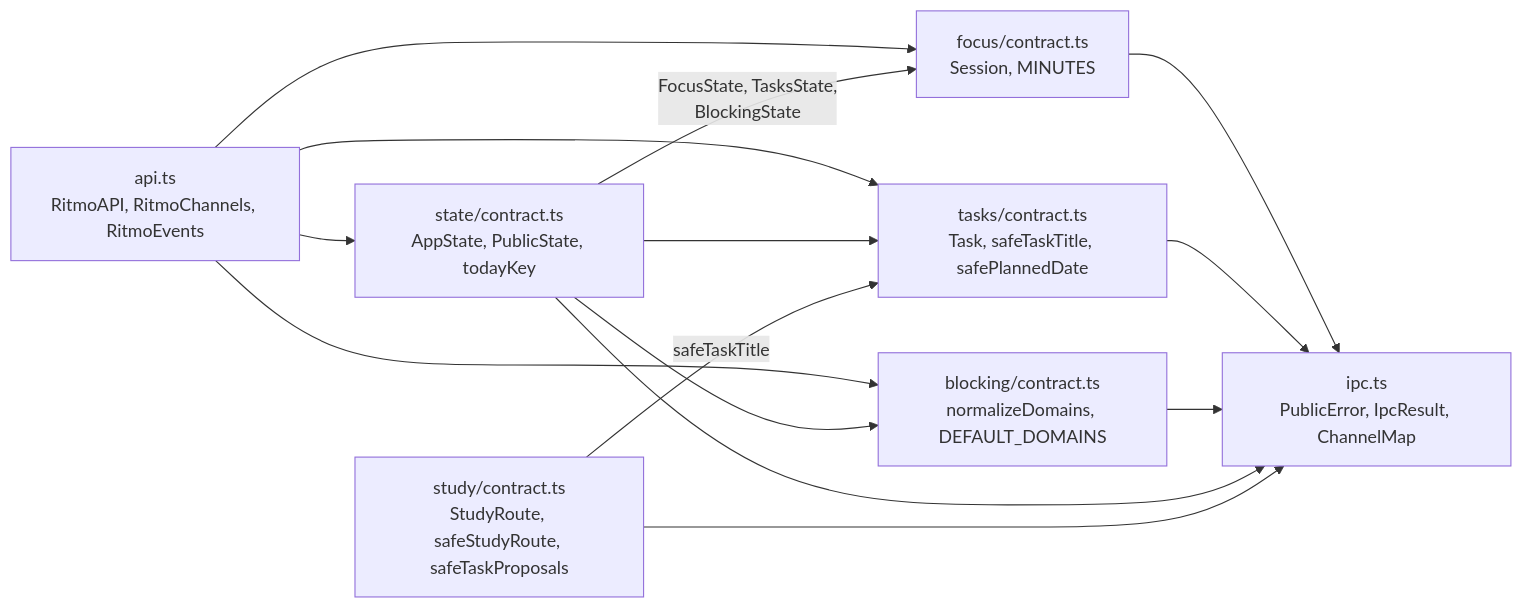
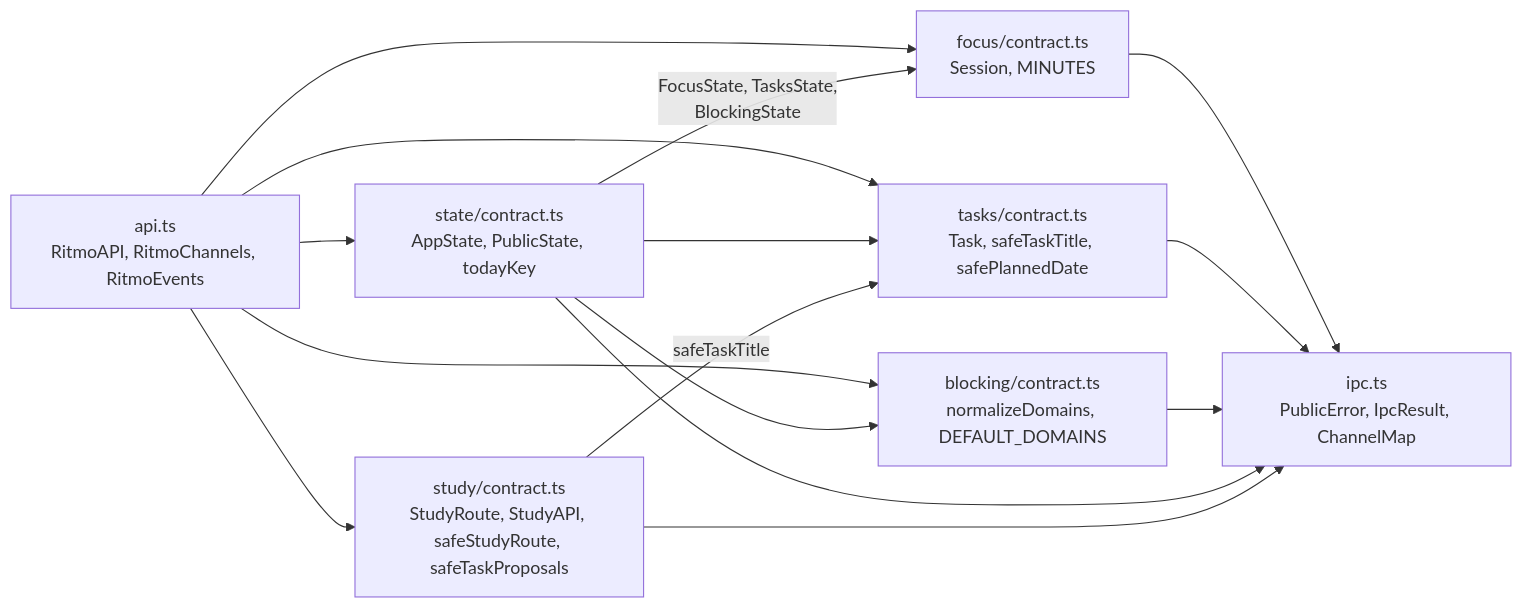
One commit to DevJuan95/ritmo changed the second of 13 diagrams in docs/arquitectura.md. Above: the diagram before and after it, drawn with Mermaid. The commit also changed other lines of this file and 26 other files, not shown here.

````diff
--- a/docs/arquitectura.md
+++ b/docs/arquitectura.md
@@ -47,24 +47,25 @@
 ```mermaid
 flowchart LR
   api["api.ts<br/>RitmoAPI, RitmoChannels, RitmoEvents"]
   state["state/contract.ts<br/>AppState, PublicState, todayKey"]
   focus["focus/contract.ts<br/>Session, MINUTES"]
   tasks["tasks/contract.ts<br/>Task, safeTaskTitle, safePlannedDate"]
   blocking["blocking/contract.ts<br/>normalizeDomains, DEFAULT_DOMAINS"]
-  study["study/contract.ts<br/>StudyRoute, safeStudyRoute, safeTaskProposals"]
+  study["study/contract.ts<br/>StudyRoute, StudyAPI, safeStudyRoute, safeTaskProposals"]
   ipc["ipc.ts<br/>PublicError, IpcResult, ChannelMap"]
 
   api --> state
   api --> focus
   api --> tasks
   api --> blocking
+  api --> study
   state -- "FocusState, TasksState,<br/>BlockingState" --> focus
   state --> tasks
   state --> blocking
   focus --> ipc
   tasks --> ipc
   blocking --> ipc
   state --> ipc
   study -- "safeTaskTitle" --> tasks
   study --> ipc
 ```
````
